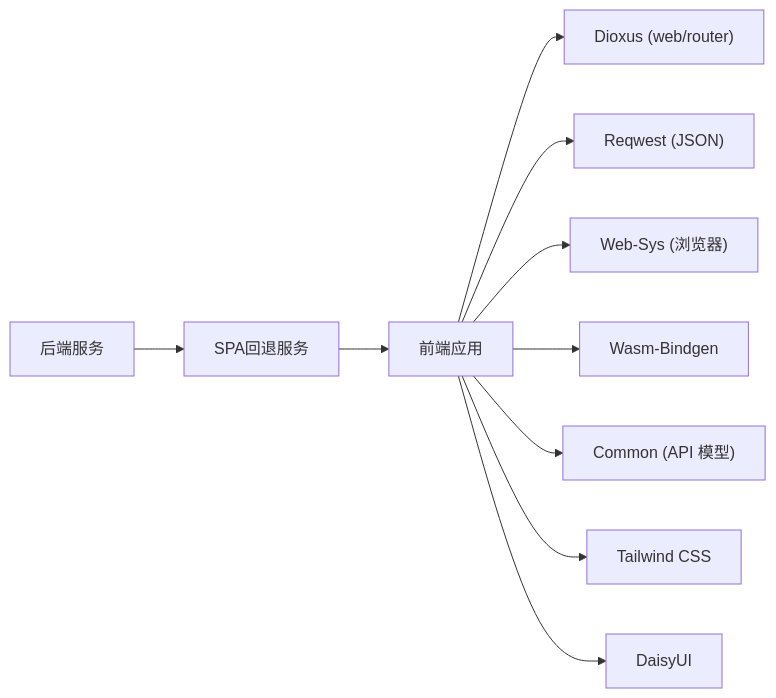
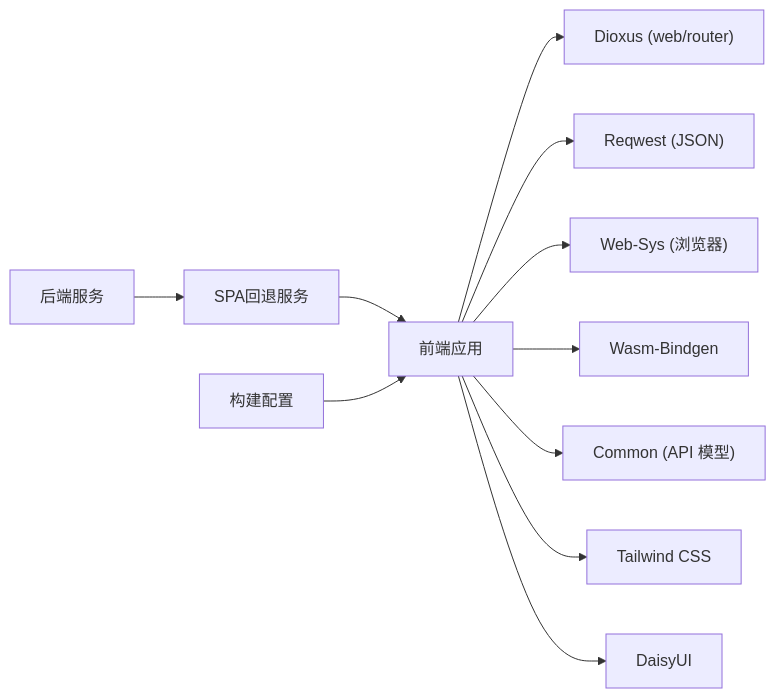
Before and after one commit to runningcoders/ai_orz: diagram 12 of 12 in .qoder/repowiki/zh/content/前端应用/前端应用.md, drawn with Mermaid. The commit also changed other lines of this file and 4 other files, not shown here.

````diff
--- a/.qoder/repowiki/zh/content/前端应用/前端应用.md
+++ b/.qoder/repowiki/zh/content/前端应用/前端应用.md
@@ -386,12 +440,13 @@
 ```mermaid
 graph LR
 FE["前端应用"] --> DX["Dioxus (web/router)"]
 FE --> RW["Reqwest (JSON)"]
 FE --> WS["Web-Sys (浏览器)"]
 FE --> CB["Wasm-Bindgen"]
 FE --> CM["Common (API 模型)"]
 FE --> TW["Tailwind CSS"]
 FE --> DD["DaisyUI"]
 BE["后端服务"] --> SF["SPA回退服务"]
 SF --> FE
+BC["构建配置"] --> FE
 ```
````
